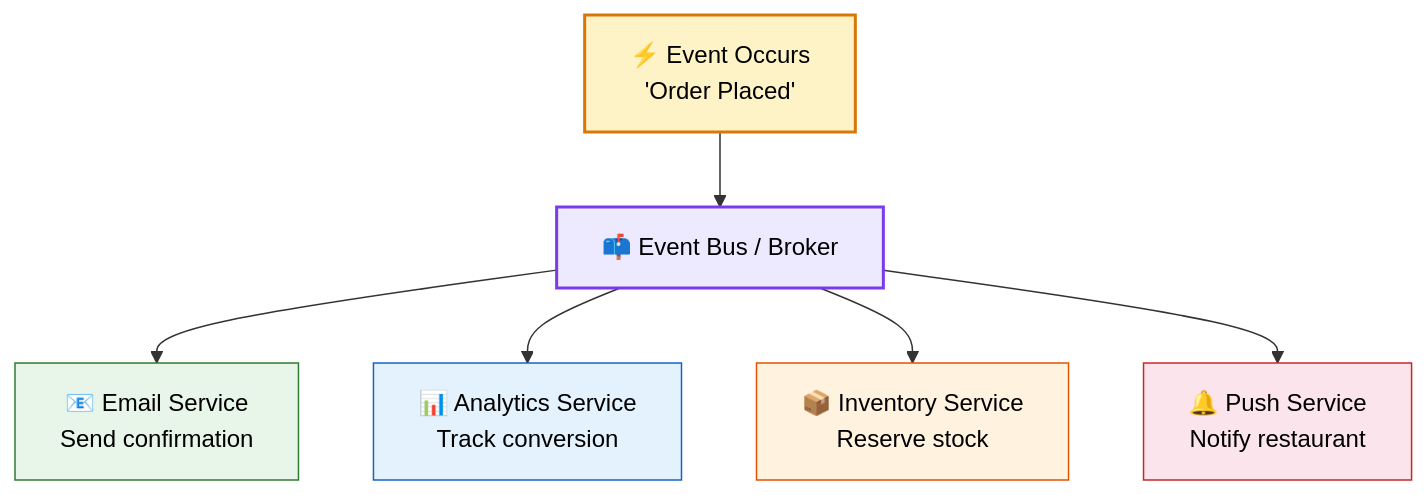
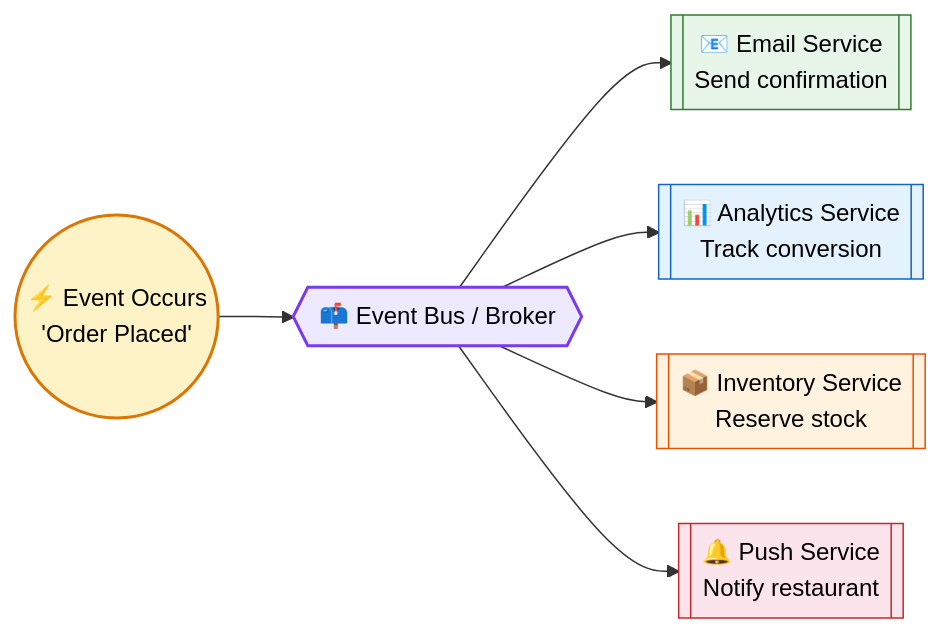
One commit to saivamsikaruturi/vamsilabs-dev-notes-main changed the first of 4 diagrams in docs/microservices/event-driven.md. Above: the diagram before and after it, drawn with Mermaid. The commit also changed other lines of this file and 146 other files, not shown here.

Commit message:
Horizontal diagrams, UML class diagrams, typography overhaul, and permalink cleanup

````diff
--- a/docs/microservices/event-driven.md
+++ b/docs/microservices/event-driven.md
@@ -10,16 +10,16 @@
 ```mermaid
-flowchart TD
-    E["⚡ Event Occurs<br/>'Order Placed'"]
-    E --> EB["📫 Event Bus / Broker"]
-    EB --> C1["📧 Email Service<br/>Send confirmation"]
-    EB --> C2["📊 Analytics Service<br/>Track conversion"]
-    EB --> C3["📦 Inventory Service<br/>Reserve stock"]
-    EB --> C4["🔔 Push Service<br/>Notify restaurant"]
+flowchart LR
+    E(("⚡ Event Occurs<br/>'Order Placed'"))
+    E --> EB{{"📫 Event Bus / Broker"}}
+    EB --> C1[["📧 Email Service<br/>Send confirmation"]]
+    EB --> C2[["📊 Analytics Service<br/>Track conversion"]]
+    EB --> C3[["📦 Inventory Service<br/>Reserve stock"]]
+    EB --> C4[["🔔 Push Service<br/>Notify restaurant"]]
 
     style E fill:#FEF3C7,stroke:#D97706,stroke-width:2px,color:#000
     style EB fill:#EDE9FE,stroke:#7C3AED,stroke-width:2px,color:#000
     style C1 fill:#E8F5E9,stroke:#2E7D32,color:#000
     style C2 fill:#E3F2FD,stroke:#1565C0,color:#000
     style C3 fill:#FFF3E0,stroke:#E65100,color:#000
     style C4 fill:#FCE4EC,stroke:#C62828,color:#000
 ```
````
